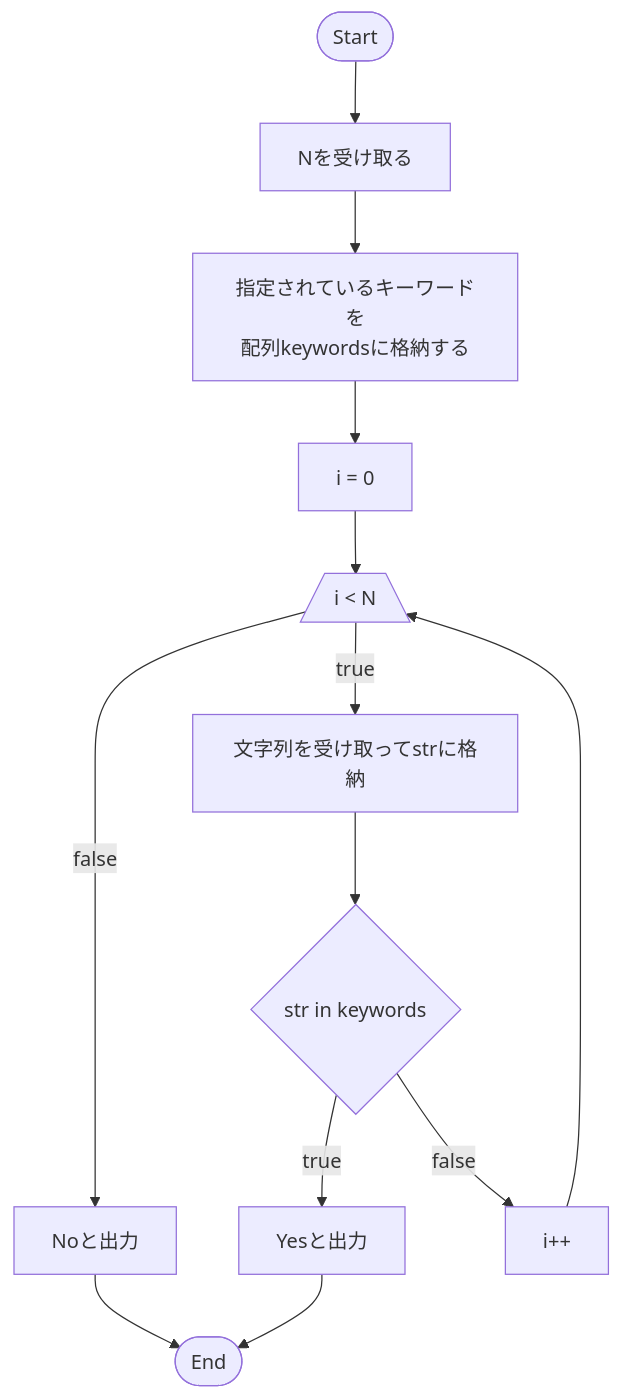
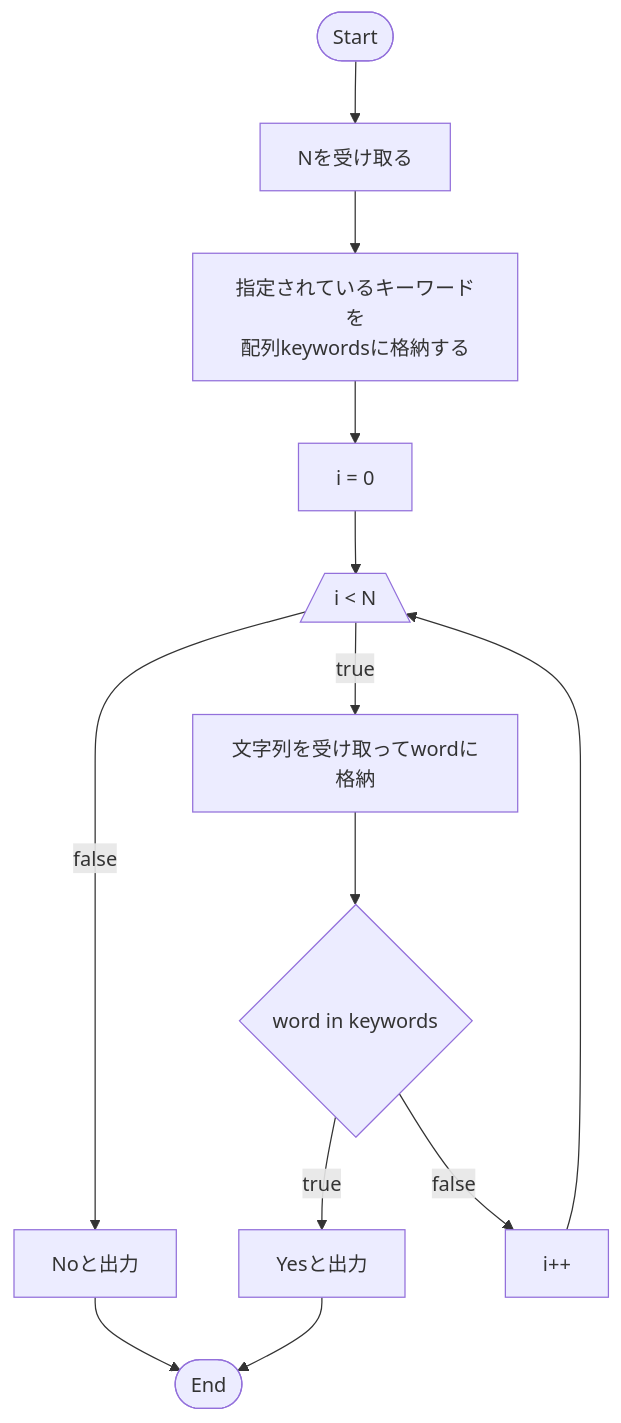
One commit to saitamau-maximum/saitamau-maximum.github.io changed the sixth of 6 diagrams in 2023/intro-course/3.md. Above: the diagram before and after it, drawn with Mermaid.

Commit message:
fix: ABC295Aのフローチャートを実際のコードに似るように変更

````diff
--- a/2023/intro-course/3.md
+++ b/2023/intro-course/3.md
@@ -255,11 +255,11 @@
 ```mermaid
 flowchart TD
     Start([Start])-->Nを受け取る-->A[指定されているキーワードを<br>配列keywordsに格納する]
     A-->B[i = 0]-->while[/i < N\]
-    while-->|true|C[文字列を受け取ってstrに格納]
+    while-->|true|C[文字列を受け取ってwordに格納]
     while-->|false|Noと出力-->End([End])
-    C-->D{str in keywords}
+    C-->D{word in keywords}
     D-->|true|E[Yesと出力]-->End
     D-->|false|i++
     i++-->while    
 ```
````
